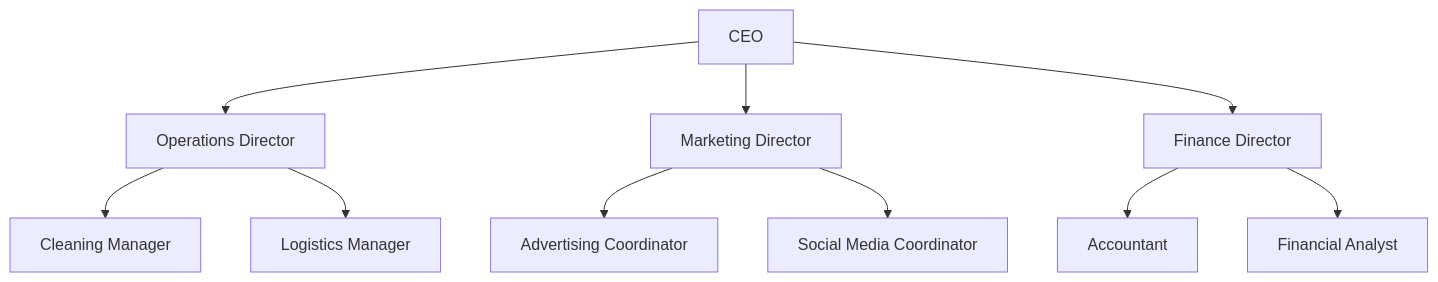
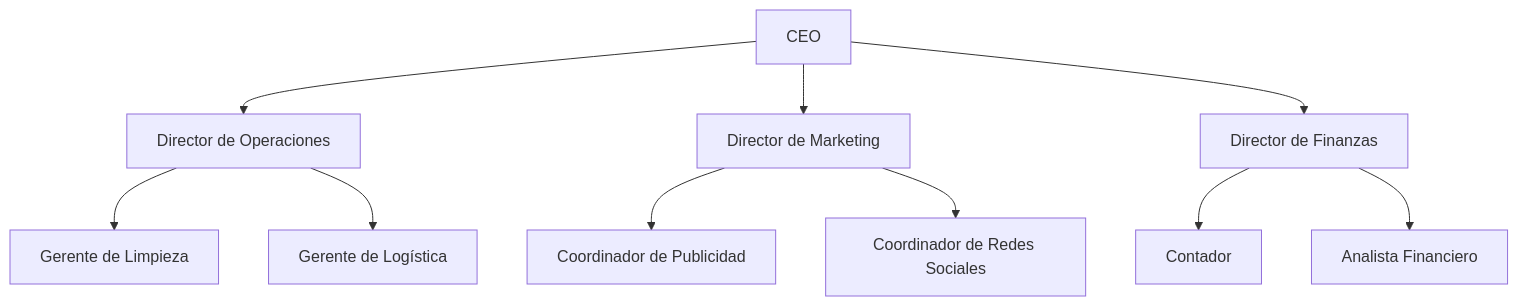
The second of 10 diagrams in README.md (despiau/mermaid), drawn with Mermaid before and after one commit. The commit also changed other lines of this file, not shown here.

````diff
--- a/README.md
+++ b/README.md
@@ -26,12 +26,12 @@
 ```mermaid
 graph TD
-    A[CEO] --> B[Operations Director]
-    A --> C[Marketing Director]
-    A --> D[Finance Director]
-    B --> E[Cleaning Manager]
-    B --> F[Logistics Manager]
-    C --> G[Advertising Coordinator]
-    C --> H[Social Media Coordinator]
-    D --> I[Accountant]
-    D --> J[Financial Analyst]
+    A[CEO] --> B[Director de Operaciones]
+    A --> C[Director de Marketing]
+    A --> D[Director de Finanzas]
+    B --> E[Gerente de Limpieza]
+    B --> F[Gerente de Logística]
+    C --> G[Coordinador de Publicidad]
+    C --> H[Coordinador de Redes Sociales]
+    D --> I[Contador]
+    D --> J[Analista Financiero]
 ```
````
